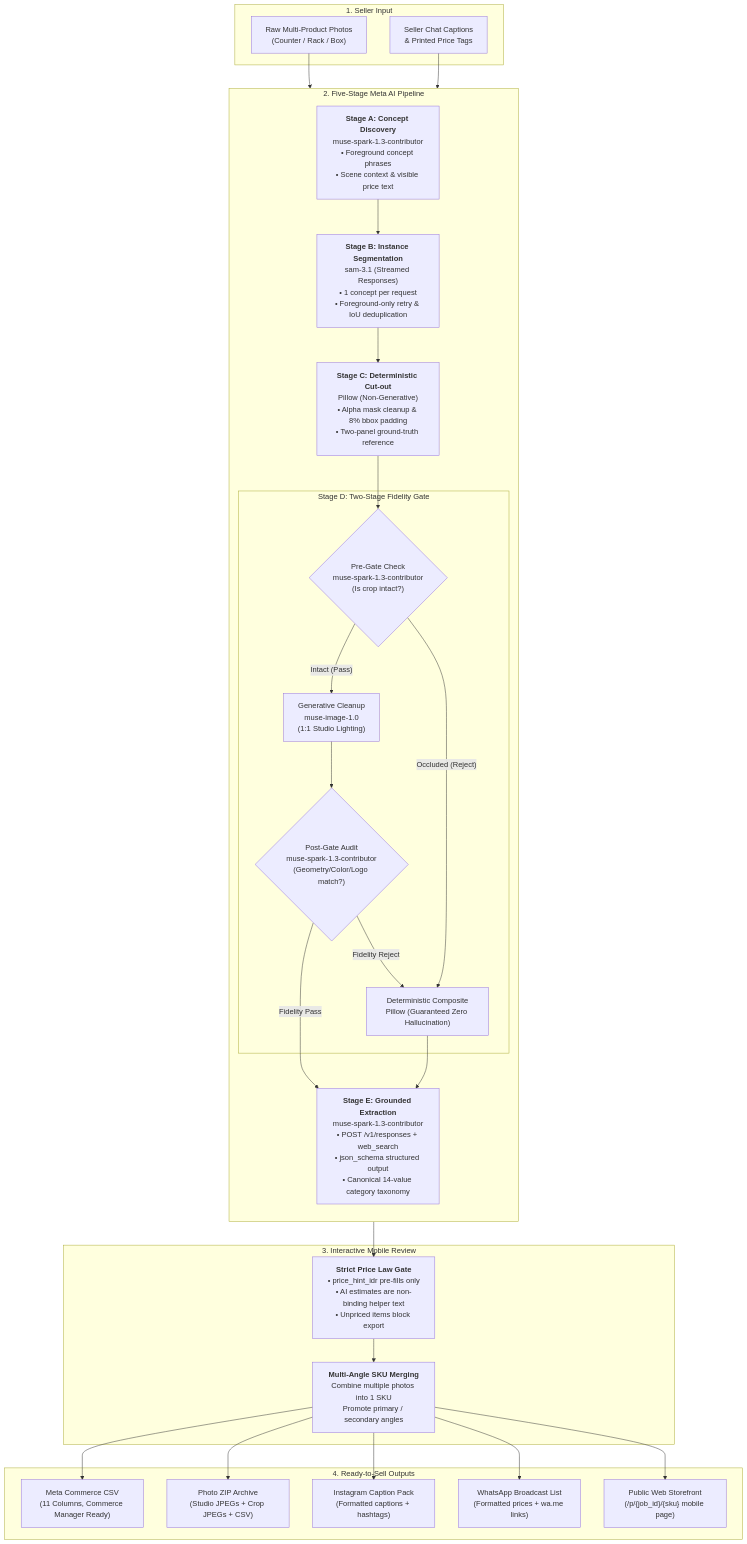
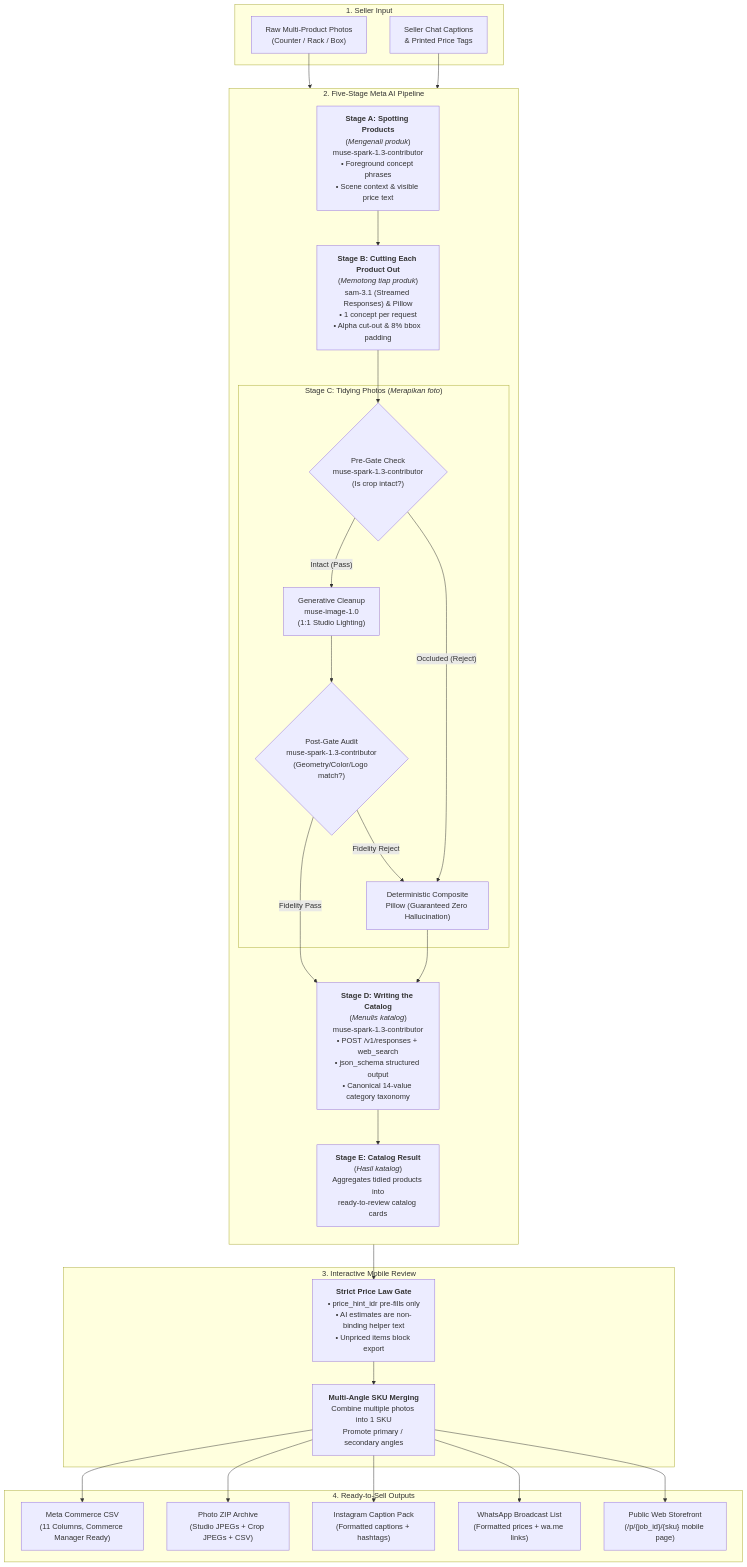
One commit to daniadasaya/metahackathon changed the diagram in README.md. Above: the diagram before and after it, drawn with Mermaid. The commit also changed other lines of this file, not shown here.

````diff
--- a/README.md
+++ b/README.md
@@ -233,55 +234,55 @@
 ```mermaid
 flowchart TD
     subgraph Input ["1. Seller Input"]
         Photos["Raw Multi-Product Photos\n(Counter / Rack / Box)"]
         Captions["Seller Chat Captions\n& Printed Price Tags"]
     end
 
     subgraph Pipeline ["2. Five-Stage Meta AI Pipeline"]
         direction TB
-        StageA["<b>Stage A: Concept Discovery</b>\nmuse-spark-1.3-contributor\n• Foreground concept phrases\n• Scene context & visible price text"]
-        StageB["<b>Stage B: Instance Segmentation</b>\nsam-3.1 (Streamed Responses)\n• 1 concept per request\n• Foreground-only retry & IoU deduplication"]
-        StageC["<b>Stage C: Deterministic Cut-out</b>\nPillow (Non-Generative)\n• Alpha mask cleanup & 8% bbox padding\n• Two-panel ground-truth reference"]
+        StageA["<b>Stage A: Spotting Products</b>\n(<i>Mengenali produk</i>)\nmuse-spark-1.3-contributor\n• Foreground concept phrases\n• Scene context & visible price text"]
+        StageB["<b>Stage B: Cutting Each Product Out</b>\n(<i>Memotong tiap produk</i>)\nsam-3.1 (Streamed Responses) & Pillow\n• 1 concept per request\n• Alpha cut-out & 8% bbox padding"]
         
-        subgraph StageD ["Stage D: Two-Stage Fidelity Gate"]
+        subgraph StageC ["Stage C: Tidying Photos (<i>Merapikan foto</i>)"]
             PreGate{"Pre-Gate Check\nmuse-spark-1.3-contributor\n(Is crop intact?)"}
             MuseImage["Generative Cleanup\nmuse-image-1.0\n(1:1 Studio Lighting)"]
             PostGate{"Post-Gate Audit\nmuse-spark-1.3-contributor\n(Geometry/Color/Logo match?)"}
             CompositeFallback["Deterministic Composite\nPillow (Guaranteed Zero Hallucination)"]
         end
 
-        StageE["<b>Stage E: Grounded Extraction</b>\nmuse-spark-1.3-contributor\n• POST /v1/responses + web_search\n• json_schema structured output\n• Canonical 14-value category taxonomy"]
+        StageD["<b>Stage D: Writing the Catalog</b>\n(<i>Menulis katalog</i>)\nmuse-spark-1.3-contributor\n• POST /v1/responses + web_search\n• json_schema structured output\n• Canonical 14-value category taxonomy"]
+        StageE["<b>Stage E: Catalog Result</b>\n(<i>Hasil katalog</i>)\nAggregates tidied products into\nready-to-review catalog cards"]
     end
 
     subgraph Review ["3. Interactive Mobile Review"]
         PriceLaw["<b>Strict Price Law Gate</b>\n• price_hint_idr pre-fills only\n• AI estimates are non-binding helper text\n• Unpriced items block export"]
         AngleMerge["<b>Multi-Angle SKU Merging</b>\nCombine multiple photos into 1 SKU\nPromote primary / secondary angles"]
     end
 
     subgraph Outputs ["4. Ready-to-Sell Outputs"]
         CSV["Meta Commerce CSV\n(11 Columns, Commerce Manager Ready)"]
         ZIP["Photo ZIP Archive\n(Studio JPEGs + Crop JPEGs + CSV)"]
         IG["Instagram Caption Pack\n(Formatted captions + hashtags)"]
         WA["WhatsApp Broadcast List\n(Formatted prices + wa.me links)"]
         Gallery["Public Web Storefront\n(/p/{job_id}/{sku} mobile page)"]
     end
 
     Photos --> StageA
     Captions --> StageA
     StageA --> StageB
-    StageB --> StageC
-    StageC --> PreGate
+    StageB --> PreGate
     PreGate -- "Intact (Pass)" --> MuseImage
     PreGate -- "Occluded (Reject)" --> CompositeFallback
     MuseImage --> PostGate
-    PostGate -- "Fidelity Pass" --> StageE
+    PostGate -- "Fidelity Pass" --> StageD
     PostGate -- "Fidelity Reject" --> CompositeFallback
-    CompositeFallback --> StageE
+    CompositeFallback --> StageD
+    StageD --> StageE
     StageE --> PriceLaw
     PriceLaw --> AngleMerge
     AngleMerge --> CSV
     AngleMerge --> ZIP
     AngleMerge --> IG
     AngleMerge --> WA
     AngleMerge --> Gallery
 ```
````
